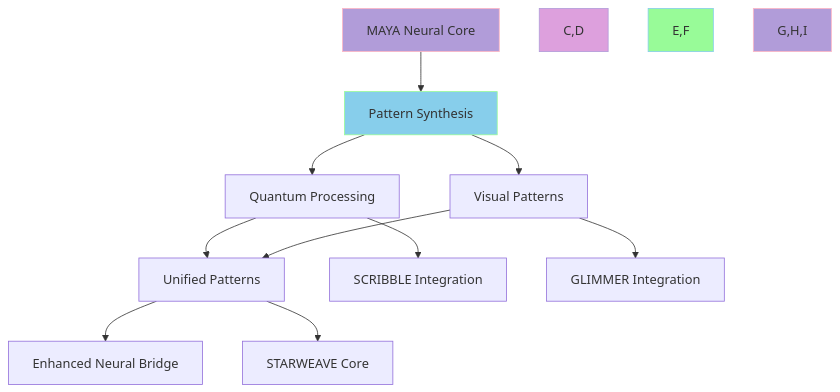
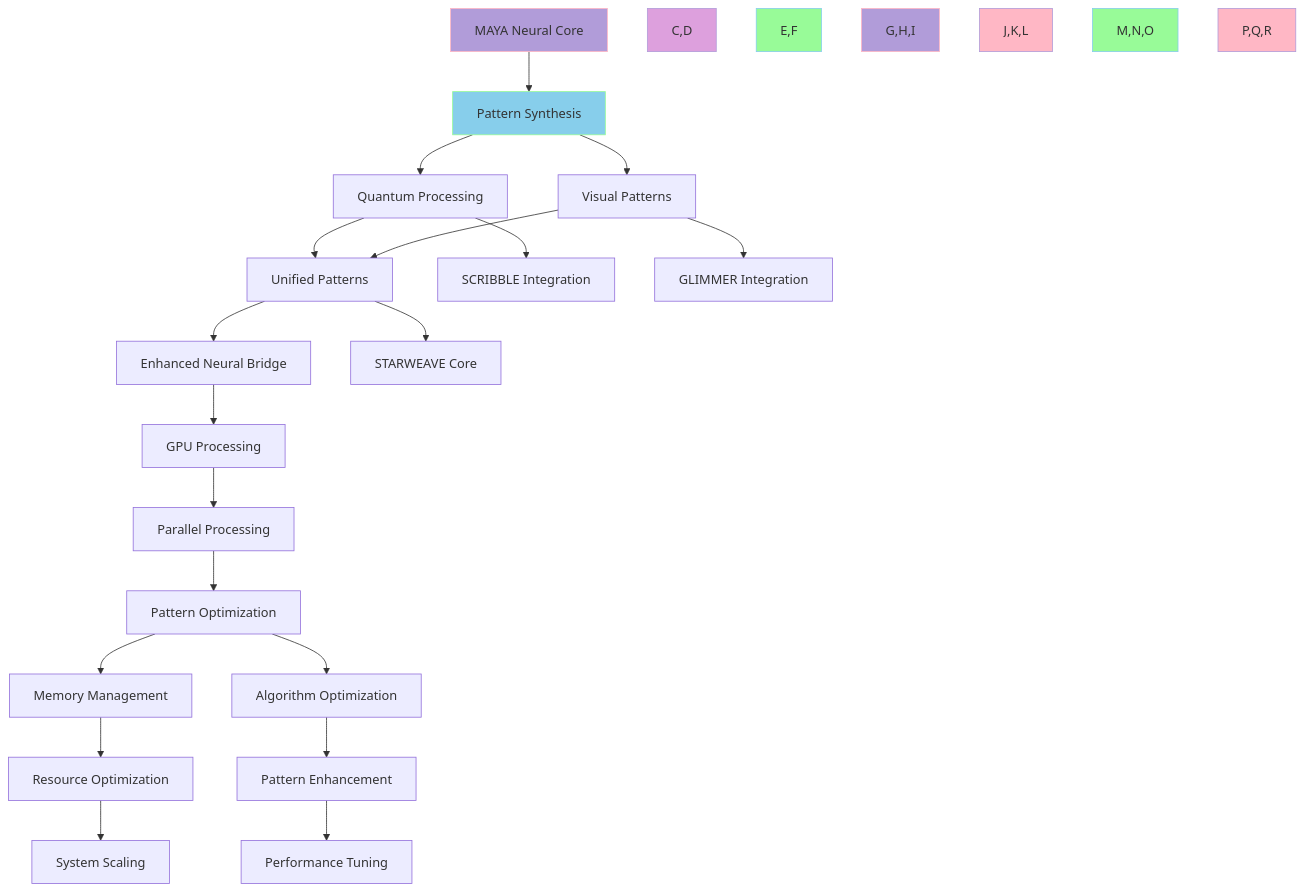
One commit to isdood/MAYA changed the diagram in ISSUES/016-NEURAL_CORE.md. Above: the diagram before and after it, drawn with Mermaid. The commit also changed other lines of this file and 50 other files, not shown here.

````diff
--- a/ISSUES/016-NEURAL_CORE.md
+++ b/ISSUES/016-NEURAL_CORE.md
@@ -145,19 +269,34 @@
 ```mermaid
 graph TD
     A[MAYA Neural Core] --> B[Pattern Synthesis]
     B --> C[Quantum Processing]
     B --> D[Visual Patterns]
     C --> E[Unified Patterns]
     D --> E
     E --> F[Enhanced Neural Bridge]
     
     C --> G[SCRIBBLE Integration]
     D --> H[GLIMMER Integration]
     E --> I[STARWEAVE Core]
     
+    F --> J[GPU Processing]
+    J --> K[Parallel Processing]
+    K --> L[Pattern Optimization]
+    
+    L --> M[Memory Management]
+    M --> N[Resource Optimization]
+    N --> O[System Scaling]
+    
+    L --> P[Algorithm Optimization]
+    P --> Q[Pattern Enhancement]
+    Q --> R[Performance Tuning]
+    
     style A fill:#B19CD9,stroke:#FFB7C5
     style B fill:#87CEEB,stroke:#98FB98
     style C,D fill:#DDA0DD,stroke:#B19CD9
     style E,F fill:#98FB98,stroke:#87CEEB
     style G,H,I fill:#B19CD9,stroke:#FFB7C5
+    style J,K,L fill:#FFB7C5,stroke:#B19CD9
+    style M,N,O fill:#98FB98,stroke:#87CEEB
+    style P,Q,R fill:#FFB7C5,stroke:#B19CD9
 ```
````
